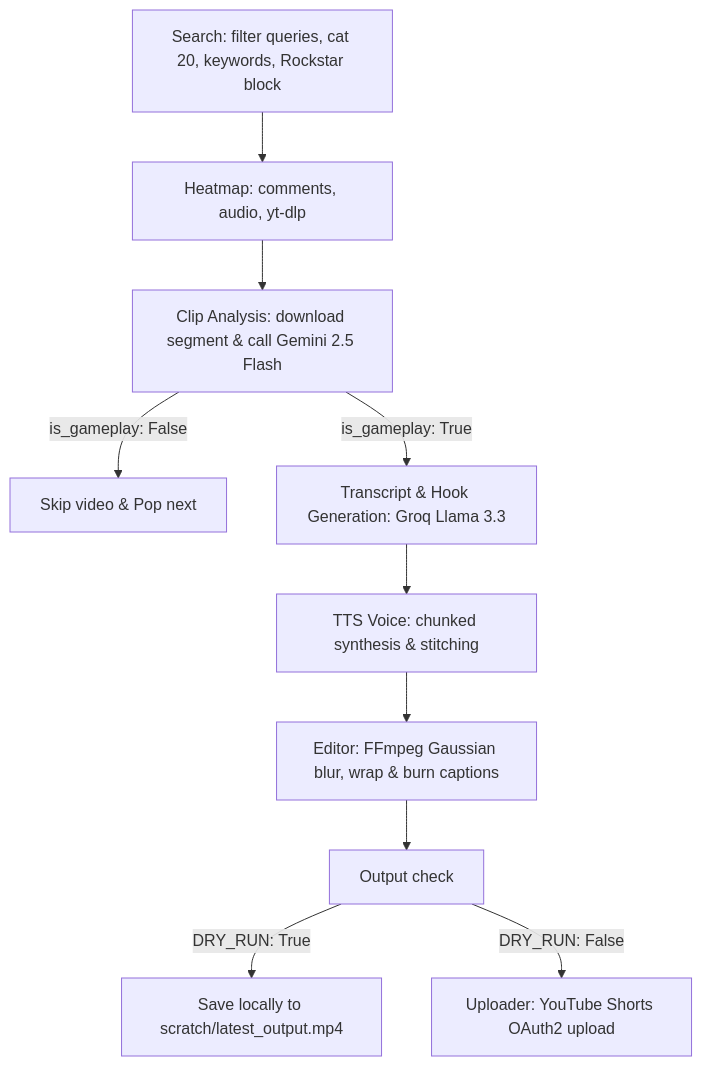
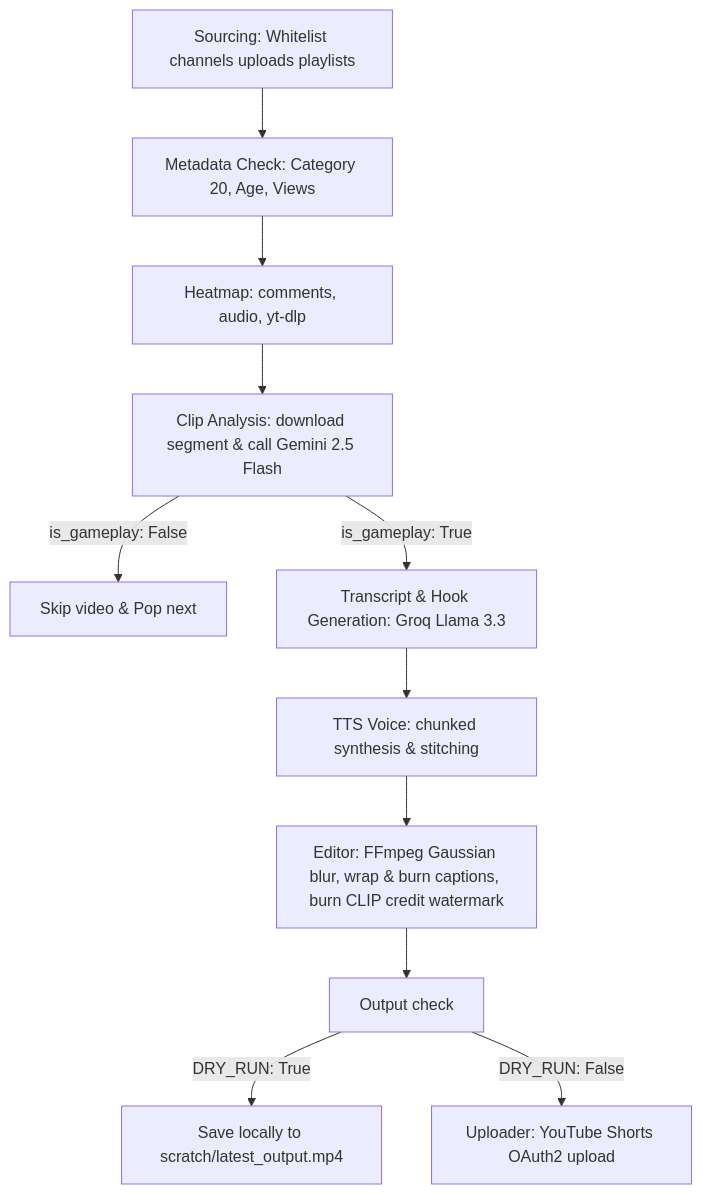
The diagram in GEMINI.md (sogoomolewa-debug/gra-6-clippper), drawn with Mermaid before and after one commit. The commit also changed other lines of this file and 9 other files, not shown here.

Commit message:
feat: implement curated channel whitelist uploads syncing and on-screen credit watermark

````diff
--- a/GEMINI.md
+++ b/GEMINI.md
@@ -22,12 +23,13 @@
 ```mermaid
 graph TD
-    A[Search: filter queries, cat 20, keywords, Rockstar block] --> B[Heatmap: comments, audio, yt-dlp]
-    B --> C[Clip Analysis: download segment & call Gemini 2.5 Flash]
-    C -->|is_gameplay: False| D[Skip video & Pop next]
-    C -->|is_gameplay: True| E[Transcript & Hook Generation: Groq Llama 3.3]
-    E --> F[TTS Voice: chunked synthesis & stitching]
-    F --> G[Editor: FFmpeg Gaussian blur, wrap & burn captions]
-    G --> H[Output check]
-    H -->|DRY_RUN: True| I[Save locally to scratch/latest_output.mp4]
-    H -->|DRY_RUN: False| J[Uploader: YouTube Shorts OAuth2 upload]
+    A[Sourcing: Whitelist channels uploads playlists] --> B[Metadata Check: Category 20, Age, Views]
+    B --> C[Heatmap: comments, audio, yt-dlp]
+    C --> D[Clip Analysis: download segment & call Gemini 2.5 Flash]
+    D -->|is_gameplay: False| E[Skip video & Pop next]
+    D -->|is_gameplay: True| F[Transcript & Hook Generation: Groq Llama 3.3]
+    F --> G[TTS Voice: chunked synthesis & stitching]
+    G --> H[Editor: FFmpeg Gaussian blur, wrap & burn captions, burn CLIP credit watermark]
+    H --> I[Output check]
+    I -->|DRY_RUN: True| J[Save locally to scratch/latest_output.mp4]
+    I -->|DRY_RUN: False| K[Uploader: YouTube Shorts OAuth2 upload]
 ```
````
